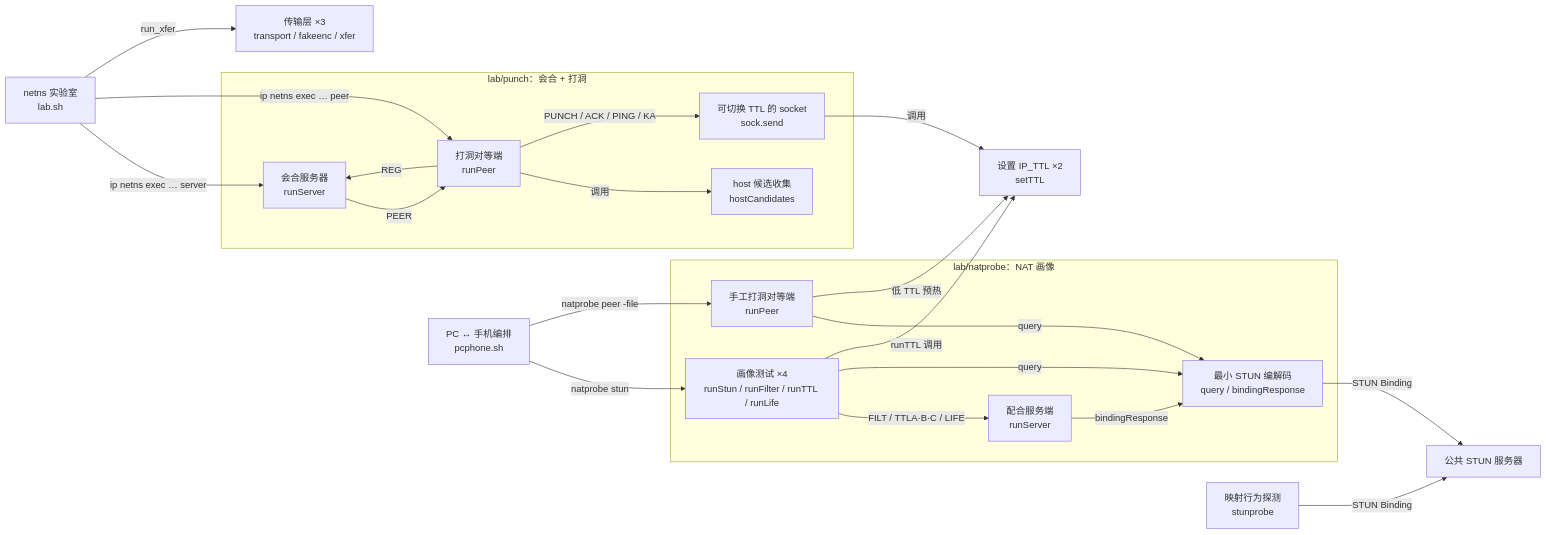
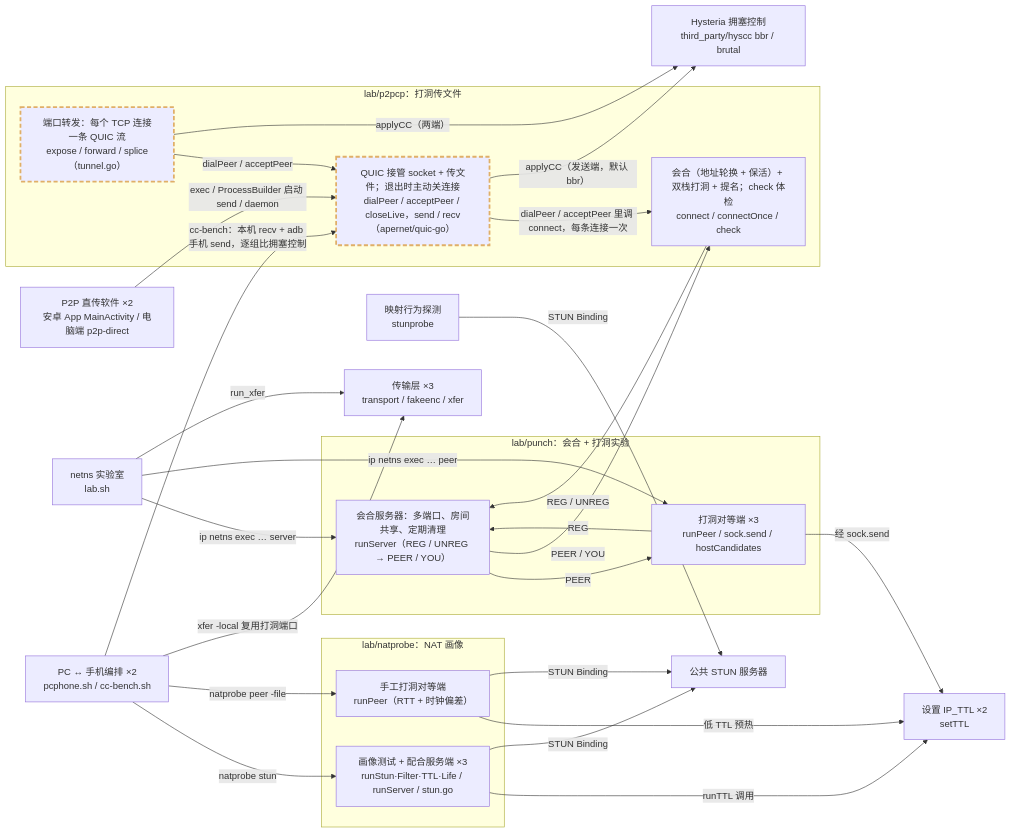
The diagram in docs/arch/10-modules.mmd (numb747/uu-remote-study), drawn with Mermaid before and after one commit. The commit also changed 13 other files, not shown here.

```diff
--- a/docs/arch/10-modules.mmd
+++ b/docs/arch/10-modules.mmd
@@ -1,57 +1,68 @@
 flowchart LR
-  subgraph punch_pkg["lab/punch：会合 + 打洞"]
-    punch_server["会合服务器<br/>runServer"]
-    punch_peer["打洞对等端<br/>runPeer"]
-    host_cand["host 候选收集<br/>hostCandidates"]
-    punch_sock["可切换 TTL 的 socket<br/>sock.send"]
+  subgraph punch_pkg["lab/punch：会合 + 打洞实验"]
+    punch_server["会合服务器：多端口、房间共享、定期清理<br/>runServer（REG / UNREG → PEER / YOU）"]
+    punch_peer["打洞对等端 ×3<br/>runPeer / sock.send / hostCandidates"]
   end
   set_ttl["设置 IP_TTL ×2<br/>setTTL"]
   subgraph natprobe_pkg["lab/natprobe：NAT 画像"]
-    np_tests["画像测试 ×4<br/>runStun / runFilter / runTTL / runLife"]
-    np_server["配合服务端<br/>runServer"]
-    np_stun["最小 STUN 编解码<br/>query / bindingResponse"]
-    np_peer["手工打洞对等端<br/>runPeer"]
+    np_tests["画像测试 + 配合服务端 ×3<br/>runStun·Filter·TTL·Life / runServer / stun.go"]
+    np_peer["手工打洞对等端<br/>runPeer（RTT + 时钟偏差）"]
   end
   stunprobe["映射行为探测<br/>stunprobe"]
+  subgraph p2pcp_pkg["lab/p2pcp：打洞传文件"]
+    p2p_connect["会合（地址轮换 + 保活）+ 双栈打洞 + 提名；check 体检<br/>connect / connectOnce / check"]
+    p2p_xfer["QUIC 接管 socket + 传文件；退出时主动关连接<br/>dialPeer / acceptPeer / closeLive，send / recv（apernet/quic-go）"]:::changed
+    p2p_tunnel["端口转发：每个 TCP 连接一条 QUIC 流<br/>expose / forward / splice（tunnel.go）"]:::changed
+  end
+  hyscc["Hysteria 拥塞控制<br/>third_party/hyscc bbr / brutal"]
+  apps["P2P 直传软件 ×2<br/>安卓 App MainActivity / 电脑端 p2p-direct"]
   lab_sh["netns 实验室<br/>lab.sh"]
-  pcphone["PC ↔ 手机编排<br/>pcphone.sh"]
+  pcphone["PC ↔ 手机编排 ×2<br/>pcphone.sh / cc-bench.sh"]
   transport["传输层 ×3<br/>transport / fakeenc / xfer"]
   stun_pub[公共 STUN 服务器]
 
   punch_peer -->|"REG"| punch_server
   punch_server -->|"PEER"| punch_peer
-  punch_peer -->|调用| host_cand
-  punch_peer -->|"PUNCH / ACK / PING / KA"| punch_sock
-  punch_sock -->|调用| set_ttl
-  np_tests -->|"FILT / TTLA·B·C / LIFE"| np_server
-  np_tests -->|query| np_stun
+  punch_peer -->|"经 sock.send"| set_ttl
+  p2p_connect -->|"REG / UNREG"| punch_server
+  punch_server -->|"PEER / YOU"| p2p_connect
+  p2p_xfer -->|"dialPeer / acceptPeer 里调 connect，每条连接一次"| p2p_connect
+  p2p_tunnel -->|"dialPeer / acceptPeer"| p2p_xfer
+  p2p_tunnel -->|"applyCC（两端）"| hyscc
+  p2p_xfer -->|"applyCC（发送端，默认 bbr）"| hyscc
+  apps -->|"exec / ProcessBuilder 启动 send / daemon"| p2p_xfer
   np_tests -->|"runTTL 调用"| set_ttl
-  np_server -->|bindingResponse| np_stun
-  np_peer -->|query| np_stun
+  np_tests -->|"STUN Binding"| stun_pub
   np_peer -->|"低 TTL 预热"| set_ttl
-  np_stun -->|"STUN Binding"| stun_pub
+  np_peer -->|"STUN Binding"| stun_pub
   stunprobe -->|"STUN Binding"| stun_pub
   lab_sh -->|"ip netns exec … server"| punch_server
   lab_sh -->|"ip netns exec … peer"| punch_peer
   lab_sh -->|"run_xfer"| transport
   pcphone -->|"natprobe stun"| np_tests
   pcphone -->|"natprobe peer -file"| np_peer
+  pcphone -->|"xfer -local 复用打洞端口"| transport
+  pcphone -->|"cc-bench：本机 recv + adb 手机 send，逐组比拥塞控制"| p2p_xfer
 
 %% @src punch_server lab/punch/main.go func runServer
 %% @src punch_peer lab/punch/main.go func runPeer
-%% @src host_cand lab/punch/main.go func hostCandidates
-%% @src punch_sock lab/punch/main.go func (s *sock) send
 %% @src set_ttl lab/punch/ttl_unix.go func setTTL
 %% @src np_tests lab/natprobe/main.go func runStun
-%% @src np_server lab/natprobe/main.go func runServer
-%% @src np_stun lab/natprobe/stun.go func query
 %% @src np_peer lab/natprobe/peer.go func runPeer
 %% @src stunprobe lab/stunprobe/main.go func main()
+%% @src p2p_connect lab/p2pcp/main.go func connect(
+%% @src p2p_xfer lab/p2pcp/transfer.go func send(
+%% @src hyscc lab/third_party/hyscc/brutal/brutal.go func NewBrutalSender
+%% @src apps apps/pc/p2p-direct case ${1:-} in
+%% @src p2p_tunnel lab/p2pcp/tunnel.go func expose(
 %% @src lab_sh lab/netns/lab.sh main() {
 %% @src pcphone lab/real/pcphone.sh case $1 in
 %% @src transport lab/xfer/main.go func main()
 %% @link punch_peer 20-flow-punch.mmd
-%% @link punch_sock 21-flow-symmetric.mmd
 %% @link np_tests 22-flow-nat-profile.mmd
 %% @link np_peer 23-flow-manual-punch.mmd
+%% @link p2p_connect 24-flow-p2pcp.mmd
 %% @link lab_sh 30-netns-nat.mmd
+%% @link apps 31-p2p-direct.mmd
+%% @link p2p_tunnel 32-p2p-tunnel.mmd
+classDef changed stroke:#e0af68,stroke-width:3px,stroke-dasharray:7 4
```
